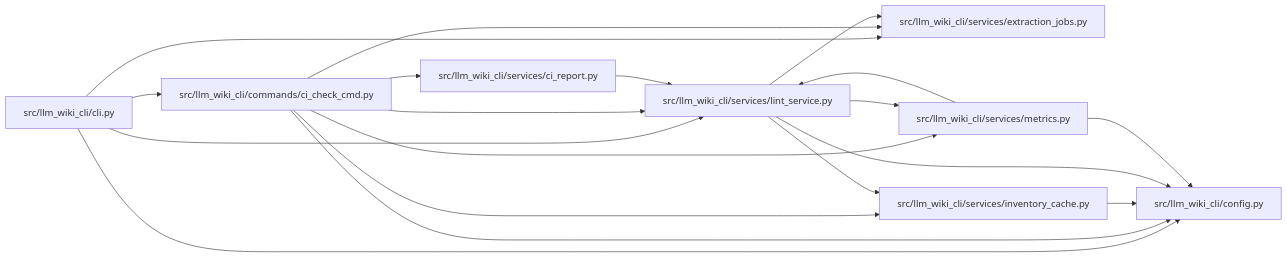
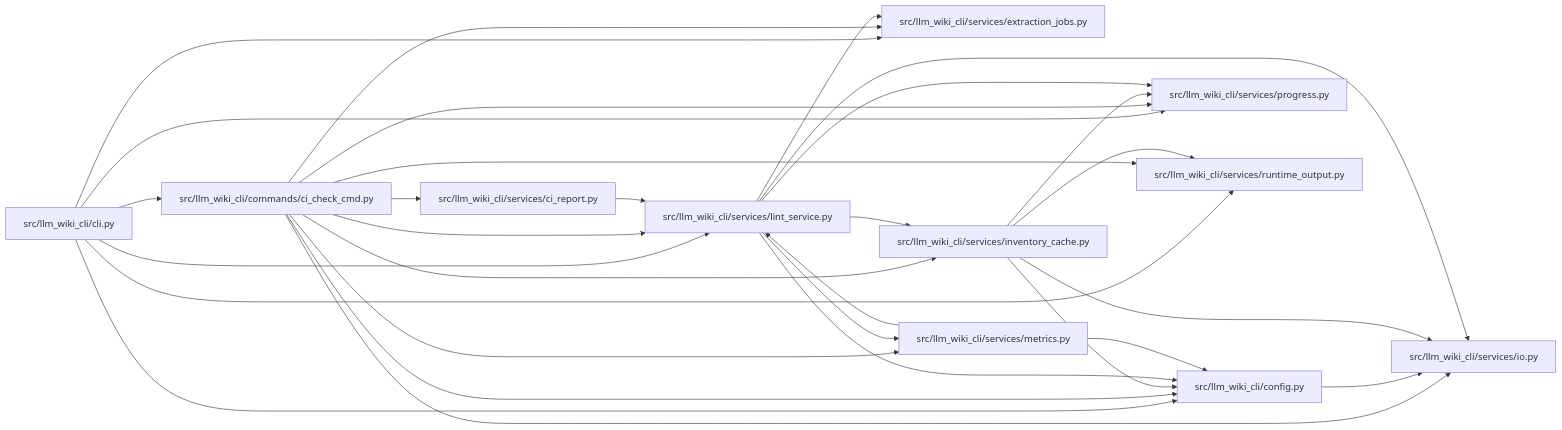
One commit to Denissvgn/python-wiki-llm changed the diagram in docs/llm_wiki/modules/ci_check_cmd.md. Above: the diagram before and after it, drawn with Mermaid. The commit also changed other lines of this file and 240 other files, not shown here.

Commit message:
docs: refresh wiki for validated runtime updates

````diff
--- a/docs/llm_wiki/modules/ci_check_cmd.md
+++ b/docs/llm_wiki/modules/ci_check_cmd.md
@@ -31,37 +35,54 @@
 ```mermaid
 flowchart LR
     n0["src/llm_wiki_cli/cli.py"]
     n1["src/llm_wiki_cli/commands/ci_check_cmd.py"]
     n2["src/llm_wiki_cli/config.py"]
     n3["src/llm_wiki_cli/services/ci_report.py"]
     n4["src/llm_wiki_cli/services/extraction_jobs.py"]
     n5["src/llm_wiki_cli/services/inventory_cache.py"]
-    n6["src/llm_wiki_cli/services/lint_service.py"]
-    n7["src/llm_wiki_cli/services/metrics.py"]
+    n6["src/llm_wiki_cli/services/io.py"]
+    n7["src/llm_wiki_cli/services/lint_service.py"]
+    n8["src/llm_wiki_cli/services/metrics.py"]
+    n9["src/llm_wiki_cli/services/progress.py"]
+    n10["src/llm_wiki_cli/services/runtime_output.py"]
     n0 --> n1
     n0 --> n2
     n0 --> n4
-    n0 --> n6
+    n0 --> n7
+    n0 --> n9
+    n0 --> n10
     n1 --> n2
     n1 --> n3
     n1 --> n4
     n1 --> n5
     n1 --> n6
     n1 --> n7
-    n3 --> n6
+    n1 --> n8
+    n1 --> n9
+    n1 --> n10
+    n2 --> n6
+    n3 --> n7
     n5 --> n2
-    n6 --> n2
-    n6 --> n4
-    n6 --> n5
-    n6 --> n7
+    n5 --> n6
+    n5 --> n9
+    n5 --> n10
     n7 --> n2
+    n7 --> n4
+    n7 --> n5
     n7 --> n6
+    n7 --> n8
+    n7 --> n9
+    n8 --> n2
+    n8 --> n7
     click n0 "../modules/cli.md"
     click n1 "../modules/ci_check_cmd.md"
     click n2 "../modules/config.md"
     click n3 "../modules/ci_report.md"
     click n4 "../modules/extraction_jobs.md"
     click n5 "../modules/inventory_cache.md"
-    click n6 "../modules/lint_service.md"
-    click n7 "../modules/metrics.md"
+    click n6 "../modules/io.md"
+    click n7 "../modules/lint_service.md"
+    click n8 "../modules/metrics.md"
+    click n9 "../modules/progress.md"
+    click n10 "../modules/runtime_output.md"
 ```
````
